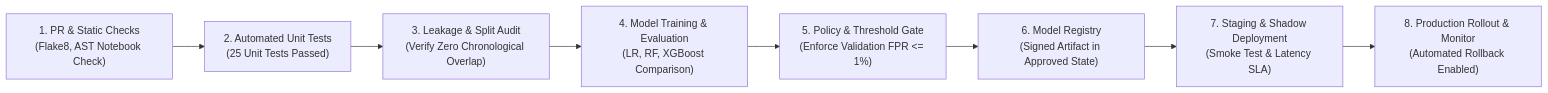
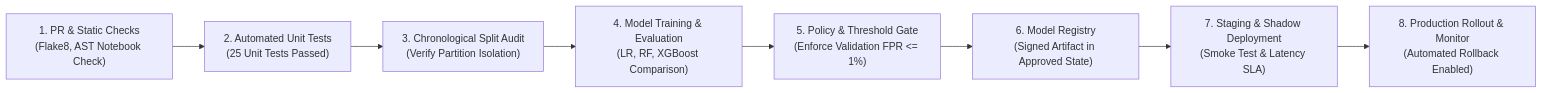
Before and after one commit to Nitz008/AAI-540-Final-Team-Project-Group1: the third of 3 diagrams in docs/ml_system_design.md, drawn with Mermaid. The commit also changed other lines of this file and 5 other files, not shown here.

````diff
--- a/docs/ml_system_design.md
+++ b/docs/ml_system_design.md
@@ -269,10 +291,10 @@
 ```mermaid
 flowchart LR
     G1["1. PR & Static Checks<br/>(Flake8, AST Notebook Check)"] --> G2["2. Automated Unit Tests<br/>(25 Unit Tests Passed)"]
-    G2 --> G3["3. Leakage & Split Audit<br/>(Verify Zero Chronological Overlap)"]
+    G2 --> G3["3. Chronological Split Audit<br/>(Verify Partition Isolation)"]
     G3 --> G4["4. Model Training & Evaluation<br/>(LR, RF, XGBoost Comparison)"]
     G4 --> G5["5. Policy & Threshold Gate<br/>(Enforce Validation FPR <= 1%)"]
     G5 --> G6["6. Model Registry<br/>(Signed Artifact in Approved State)"]
     G6 --> G7["7. Staging & Shadow Deployment<br/>(Smoke Test & Latency SLA)"]
     G7 --> G8["8. Production Rollout & Monitor<br/>(Automated Rollback Enabled)"]
 ```
````
